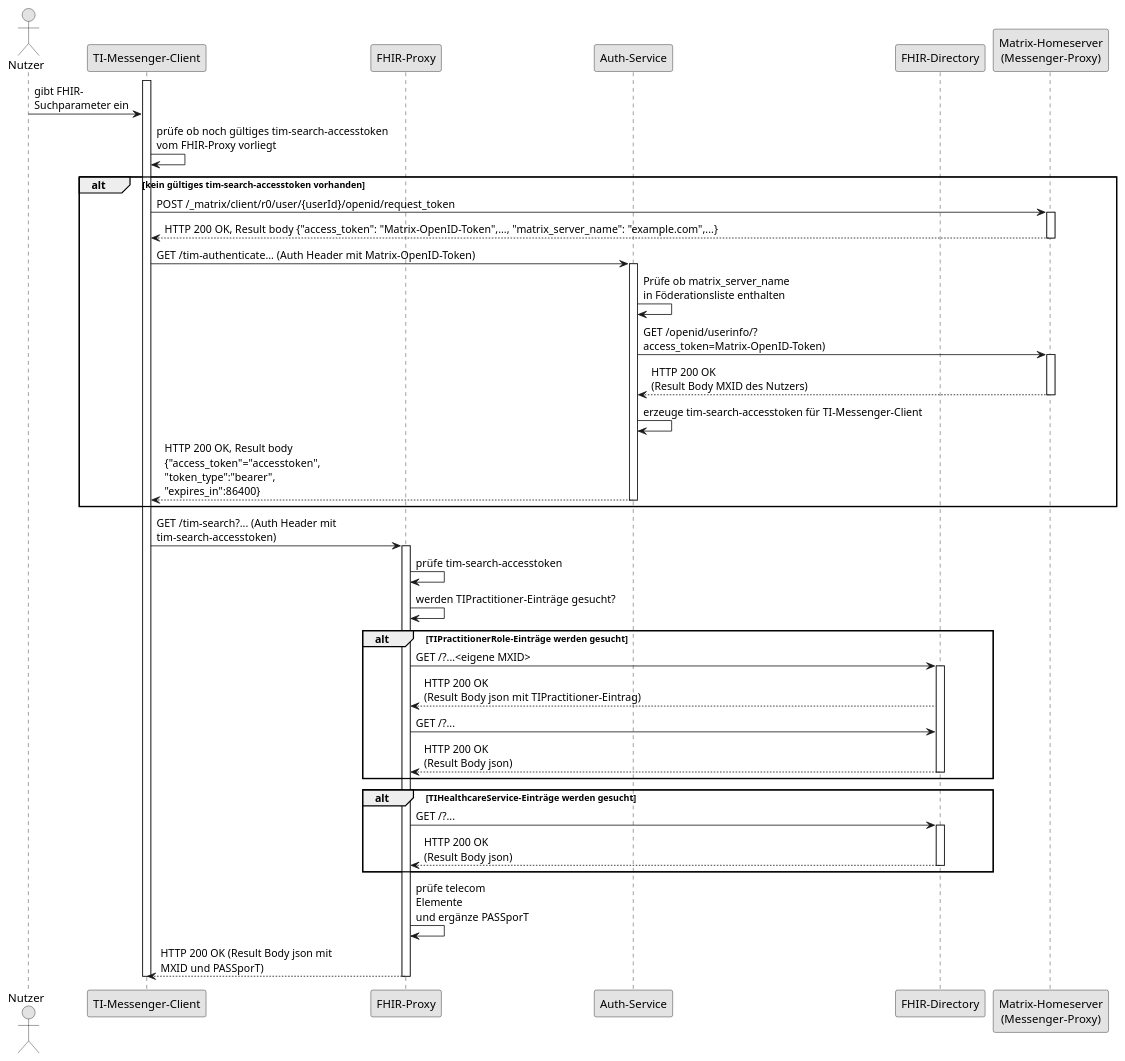
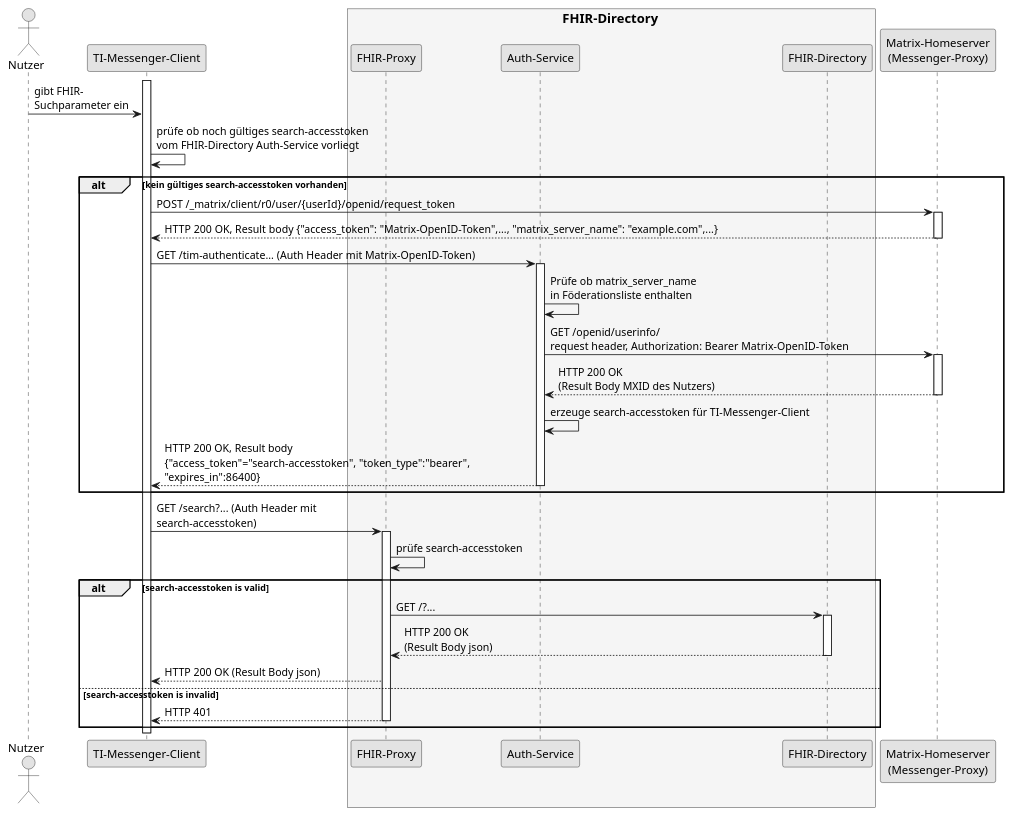
Before and after one commit to gematik/api-vzd: the diagram in src/plantuml/SequenceDiagram.FHIR-Directory.search.puml, drawn with PlantUML.

```diff
--- a/src/plantuml/SequenceDiagram.FHIR-Directory.search.puml
+++ b/src/plantuml/SequenceDiagram.FHIR-Directory.search.puml
@@ -1,54 +1,53 @@
-@startuml SequenceDiagram.FHIR-Directory.tim-search
+@startuml SequenceDiagram.FHIR-Directory.search
 skinparam dpi 100
 skinparam WrapWidth 200
 skinparam monochrome true
 
-'title "FHIR-Directory, Sequenzdiagram tim-search'
+'title "FHIR-Directory, Sequenzdiagram search'
 actor Nutzer
 participant cl as "TI-Messenger-Client"
-participant fp as "FHIR-Proxy"
-participant au as "Auth-Service"
-participant fd as "FHIR-Directory"
+box <size:16>FHIR-Directory</size> #WhiteSmoke
+  participant fp as "FHIR-Proxy"
+  participant au as "Auth-Service"
+  participant fd as "FHIR-Directory"
+end box
 participant hs as "Matrix-Homeserver\n(Messenger-Proxy)"
 activate cl
+
 Nutzer -> cl:gibt FHIR-\nSuchparameter ein
-cl -> cl: prüfe ob noch gültiges tim-search-accesstoken\nvom FHIR-Proxy vorliegt
-alt kein gültiges tim-search-accesstoken vorhanden
+cl -> cl: prüfe ob noch gültiges search-accesstoken\nvom FHIR-Directory Auth-Service vorliegt
+
+alt kein gültiges search-accesstoken vorhanden
 cl -> hs: POST /_matrix/client/r0/user/{userId}/openid/request_token
 activate hs
 hs --> cl: HTTP 200 OK, Result body {"access_token": "Matrix-OpenID-Token",..., "matrix_server_name": "example.com",...}
 deactivate hs
 cl -> au: GET /tim-authenticate... (Auth Header mit Matrix-OpenID-Token)
 activate au
 au -> au: Prüfe ob matrix_server_name\nin Föderationsliste enthalten
-au -> hs: GET /openid/userinfo/?\naccess_token=Matrix-OpenID-Token)
+au -> hs: GET /openid/userinfo/\nrequest header, Authorization: Bearer Matrix-OpenID-Token
 activate hs
 hs --> au: HTTP 200 OK\n(Result Body MXID des Nutzers)
 deactivate hs
-au -> au: erzeuge tim-search-accesstoken für TI-Messenger-Client
-au --> cl: HTTP 200 OK, Result body\n{"access_token"="accesstoken",\n"token_type":"bearer",\n"expires_in":86400}
+au -> au: erzeuge search-accesstoken für TI-Messenger-Client
+au --> cl: HTTP 200 OK, Result body\n{"access_token"="search-accesstoken", "token_type":"bearer",\n"expires_in":86400}
 deactivate au
 end
-cl -> fp: GET /tim-search?... (Auth Header mit\ntim-search-accesstoken)
+
+cl -> fp: GET /search?... (Auth Header mit\nsearch-accesstoken)
 activate fp
-fp -> fp: prüfe tim-search-accesstoken
-fp -> fp: werden TIPractitioner-Einträge gesucht?
-alt TIPractitionerRole-Einträge werden gesucht
-fp -> fd: GET /?...<eigene MXID>
-activate fd
-fd --> fp: HTTP 200 OK\n(Result Body json mit TIPractitioner-Eintrag)
-fp -> fd: GET /?...
-fd --> fp: HTTP 200 OK\n(Result Body json)
-deactivate fd
-end
-alt TIHealthcareService-Einträge werden gesucht
+fp -> fp: prüfe search-accesstoken
+
+alt search-accesstoken is valid
 fp -> fd: GET /?...
 activate fd
 fd --> fp: HTTP 200 OK\n(Result Body json)
 deactivate fd
+fp --> cl: HTTP 200 OK (Result Body json)
+else search-accesstoken is invalid
+fp --> cl: HTTP 401
+deactivate fp
 end
-fp -> fp: prüfe telecom\nElemente\nund ergänze PASSporT
-fp --> cl: HTTP 200 OK (Result Body json mit\nMXID und PASSporT)
-deactivate fp
+
 deactivate cl
 @enduml
```
